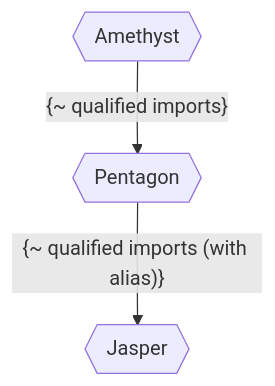
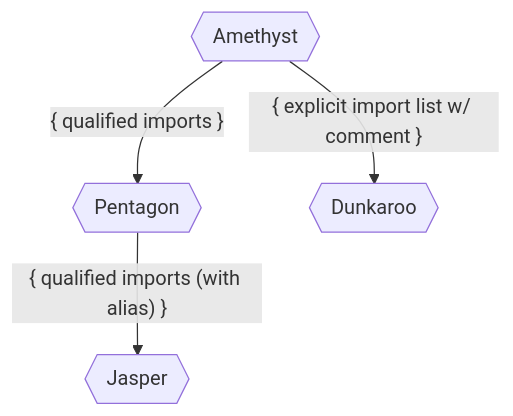
The diagram in human-readable code/New Variants.md (DrasilOrg/Notes), drawn with Mermaid before and after one commit. The commit also changed other lines of this file, not shown here.

Commit message:
New variant: Dunkaroo

````diff
--- a/human-readable code/New Variants.md
+++ b/human-readable code/New Variants.md
@@ -50,6 +54,6 @@
 ```mermaid
 flowchart TD
-    amethyst{{Amethyst}} -- {~ qualified imports} --> pentagon{{Pentagon}}
-    pentagon -- {~ qualified imports (with alias)} --> jasper{{Jasper}}
-    %%-- ? --> ?
+    amethyst{{Amethyst}} -- { qualified imports } --> pentagon{{Pentagon}}
+    pentagon -- { qualified imports (with alias) } --> jasper{{Jasper}}
+    amethyst -- { explicit import list w/ comment } --> dunkaroo{{Dunkaroo}}
 ```
````
